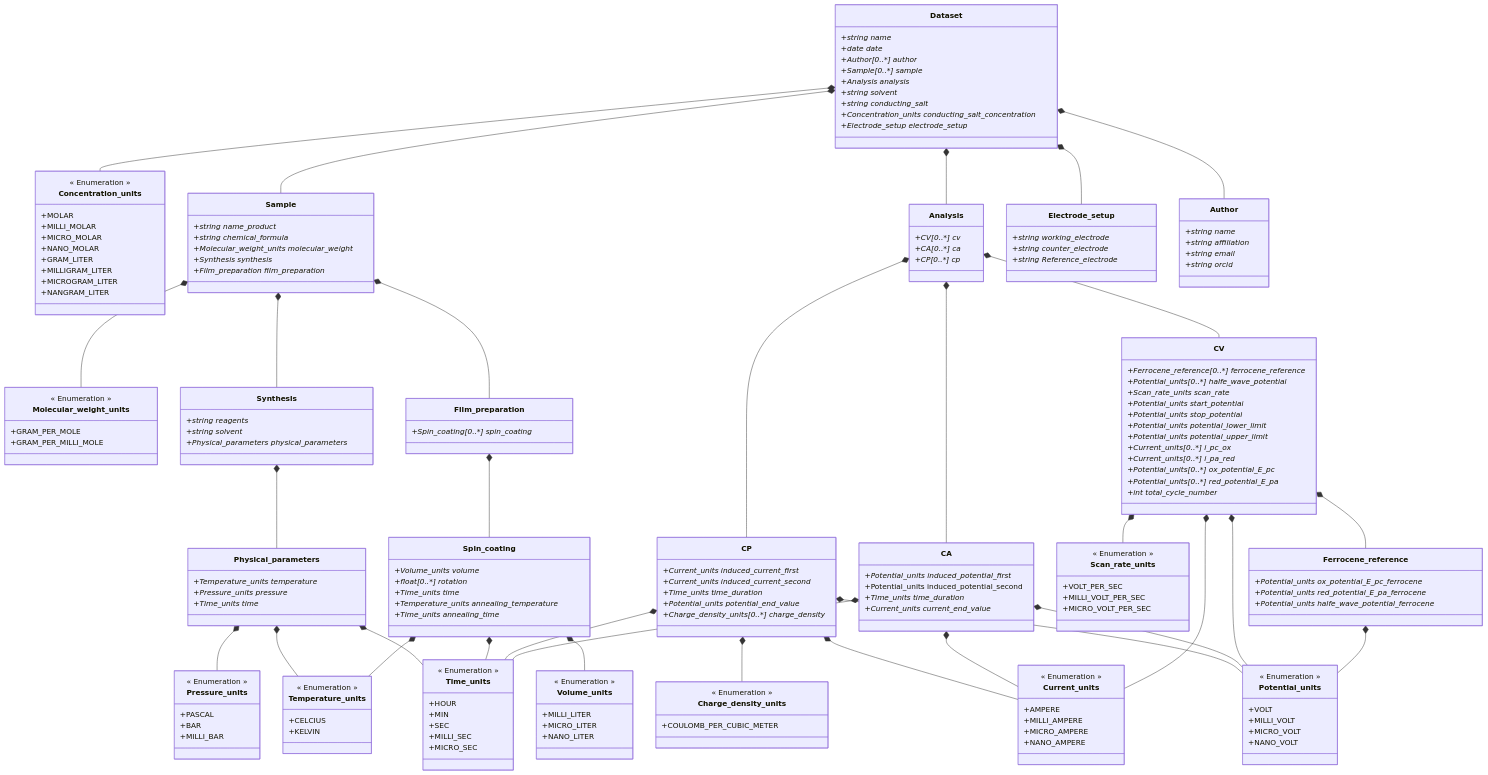
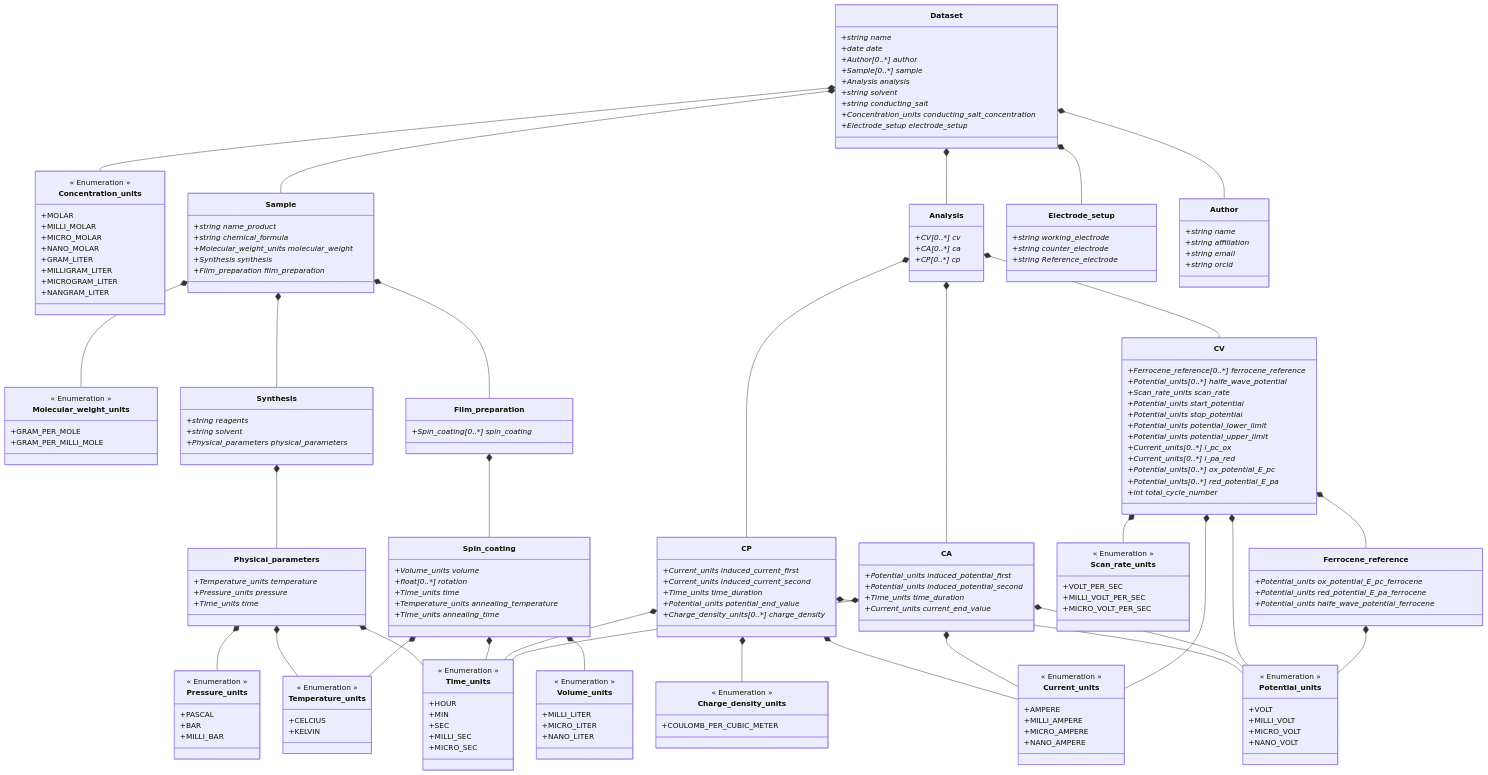
One commit to FAIRChemistry/datamodel-electrochemistry changed the diagram in ElectrochemistryDataModel/schemes/electrochemistrydatamodel_schema.md. Above: the diagram before and after it, drawn with Mermaid. The commit also changed 14 other files, not shown here.

```diff
--- a/ElectrochemistryDataModel/schemes/electrochemistrydatamodel_schema.md
+++ b/ElectrochemistryDataModel/schemes/electrochemistrydatamodel_schema.md
@@ -92,7 +92,7 @@
     
     class CA {
         +Potential_units induced_potential_first*
-        +Potential_units induced_potential_second
+        +Potential_units induced_potential_second*
         +Time_units time_duration*
         +Current_units current_end_value*
     }
```
